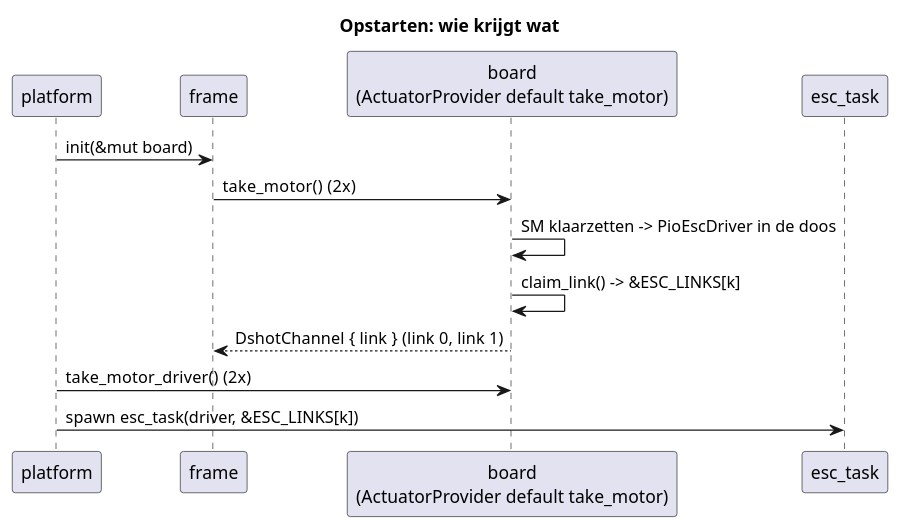
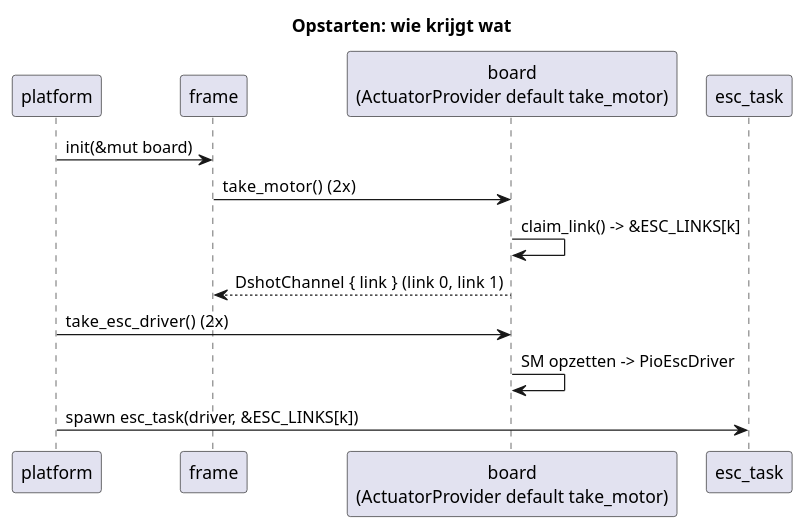
One commit to Theodorus3Doezoe/rust_fc changed the third of 3 diagrams in temp/architectuur.puml. Above: the diagram before and after it, drawn with PlantUML. The commit also changed 4 other files, not shown here.

Commit message:
docs: fase B status + diagrammen

```diff
--- a/temp/architectuur.puml
+++ b/temp/architectuur.puml
@@ -73,16 +73,16 @@
 @startuml
 title Opstarten: wie krijgt wat
 
 participant "platform" as P
 participant "frame" as F
 participant "board\n(ActuatorProvider default take_motor)" as B
 participant "esc_task" as T
 
 P -> F : init(&mut board)
 F -> B : take_motor()  (2x)
-B -> B : SM klaarzetten -> PioEscDriver in de doos
 B -> B : claim_link() -> &ESC_LINKS[k]
 B --> F : DshotChannel { link }  (link 0, link 1)
-P -> B : take_motor_driver()  (2x)
+P -> B : take_esc_driver()  (2x)
+B -> B : SM opzetten -> PioEscDriver
 P -> T : spawn esc_task(driver, &ESC_LINKS[k])
 @enduml
```
